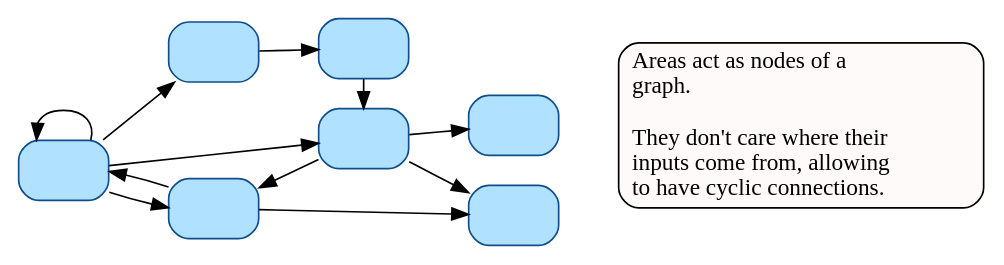
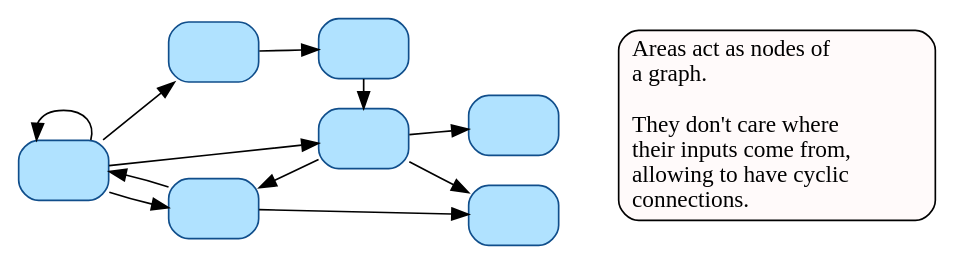
One commit to thegrill/grill changed the diagram in docs/source/pipeline_overview.dot. Above: the diagram before and after it, drawn with Graphviz.

Commit message:
shorter pipe body

```diff
--- a/docs/source/pipeline_overview.dot
+++ b/docs/source/pipeline_overview.dot
@@ -1,17 +1,19 @@
 digraph pipeline_overview {
     bgcolor=invis
     rankdir=LR
     node [shape=box label="" style="filled,rounded" fillcolor=lightskyblue1 color=dodgerblue4] area1 area2 area3 area4 area5 area6 area7
     area1 -> area1 [dir=back]
     area1 -> {area2 area3 area4}
     area2 -> area5
     area3 -> {area4 area6 area7}
     area4 -> {area1 area6}
     area5 -> area3
     {rank=same area2 area4}
     {rank=same area5 area3}
     description [shape=record color=black style="rounded,filled" fillcolor=snow label="
-    Areas act as nodes of a\lgraph.\l\l
-    They don't care where their\linputs come from, allowing\lto have cyclic connections.\l"]
+        Areas act as nodes of\la graph.\l\l
+        They don't care where\l
+        their inputs come from,\l
+        allowing to have cyclic\lconnections.\l"]
     area7 -> description [style=invis]
 }
```
